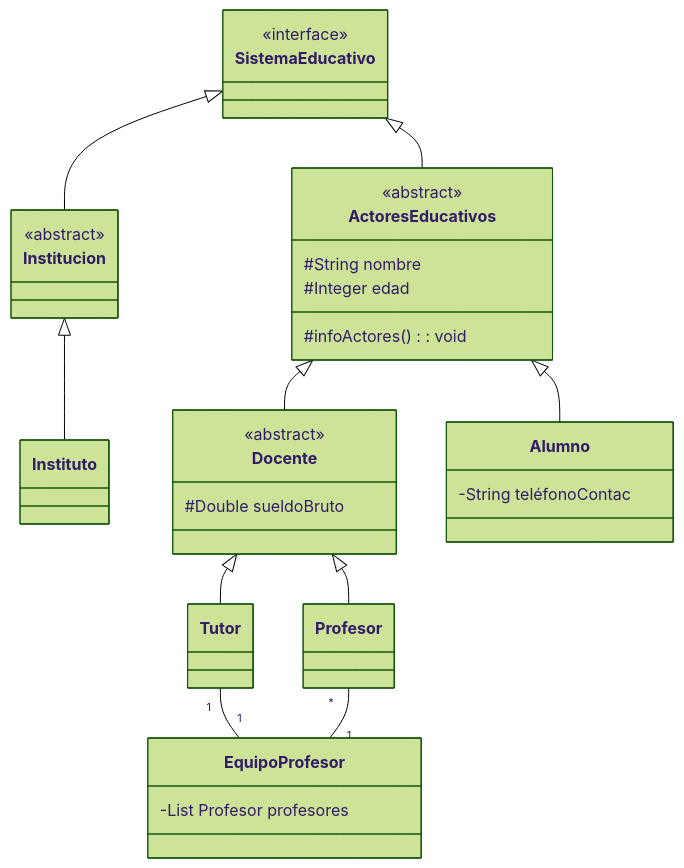
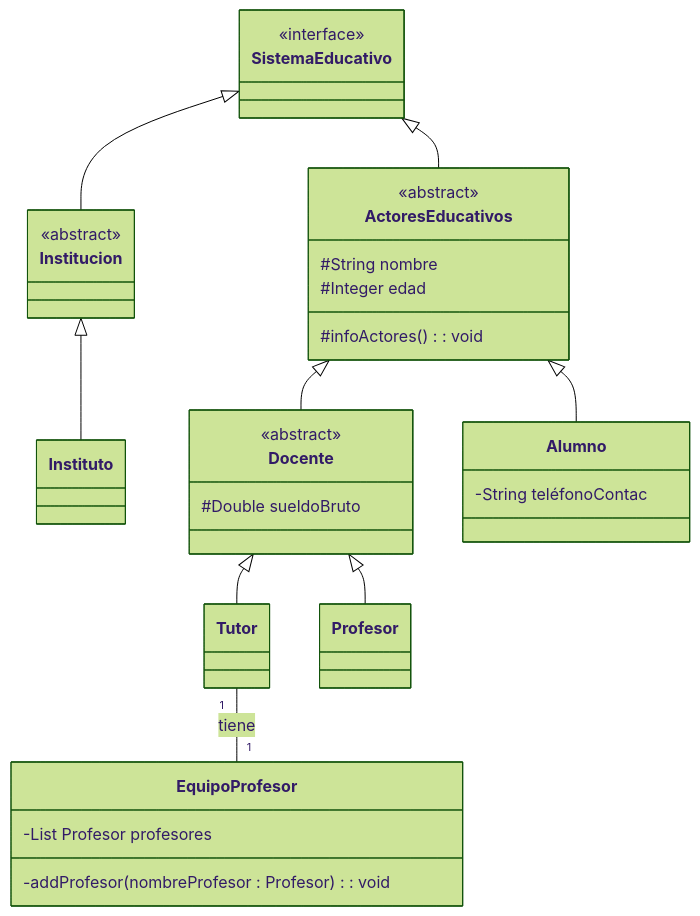
One commit to savamidev/MiguelSanchez-1DAW changed the diagram in EEDD/Ejercicio UML/Ejercicio1.md. Above: the diagram before and after it, drawn with Mermaid (forest theme). The commit also changed 1 other file, not shown here.

Commit message:
Inicio del segundo ejercicio

````diff
--- a/EEDD/Ejercicio UML/Ejercicio1.md
+++ b/EEDD/Ejercicio UML/Ejercicio1.md
@@ -1,60 +1,61 @@
 ```mermaid
     classDiagram
     class SistemaEducativo {
         <<interface>>
         
     }
 
     class Institucion {
         <<abstract>>
         
     }
     
     class Instituto {
 
         
     }
 
     class  ActoresEducativos{
         <<abstract>>
         #String nombre
         #Integer edad
         #infoActores() : void
     }
 
     class  Docente{
        <<abstract>>
        #Double sueldoBruto
     }
 
     
     class  Tutor{
     
     }
 
     
     class  EquipoProfesor{
     -List Profesor profesores
+    -addProfesor(nombreProfesor : Profesor) : void
     }
 
     
     class  Profesor{
     }
 
     
     class  Alumno{
         -String teléfonoContac
     }
 
 
     SistemaEducativo <|-- Institucion
     SistemaEducativo <|-- ActoresEducativos
     Institucion <|-- Instituto
     ActoresEducativos <|-- Docente
     ActoresEducativos <|-- Alumno
     Docente <|-- Tutor
     Docente <|-- Profesor
-    Tutor "1" -- "1" EquipoProfesor
-    Profesor "*" -- "1" EquipoProfesor
+    Tutor "1" -- "1" EquipoProfesor : tiene
+    
     
 ```
````
